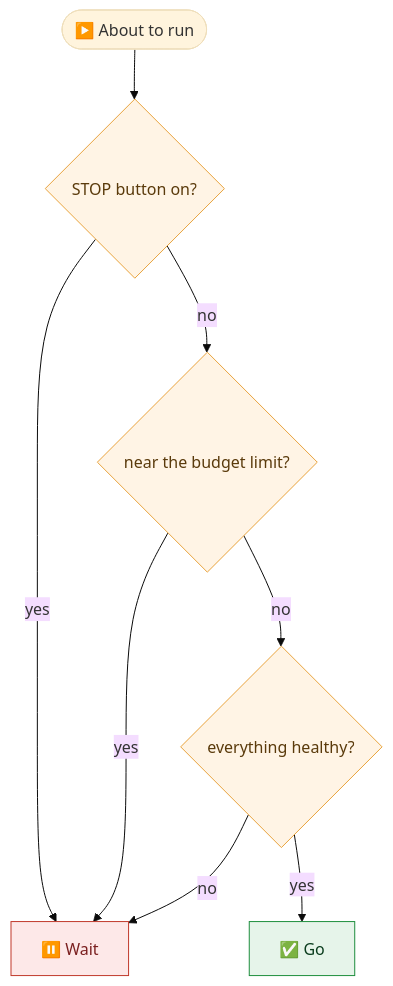
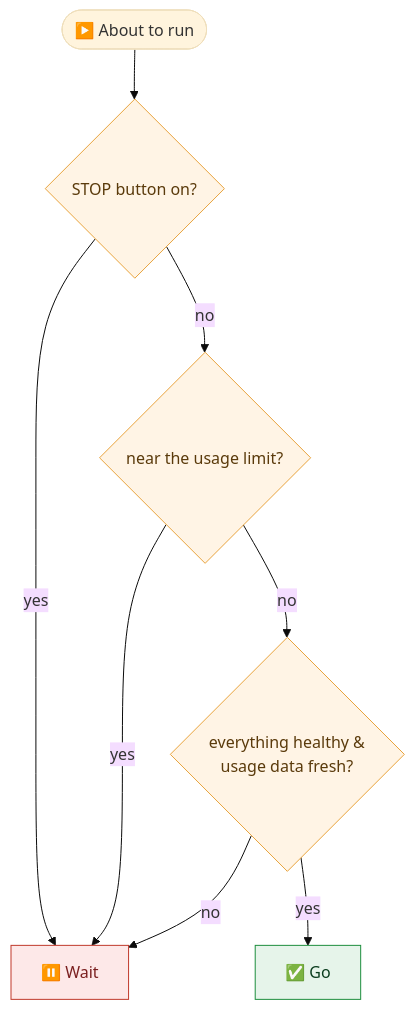
Before and after one commit to hamadsec/paperclip-ai-company: the third of 4 diagrams in README.md, drawn with Mermaid (base theme). The commit also changed other lines of this file and 6 other files, not shown here.

First line of the commit message:
Refresh for the finished, proven company; executable build-your-own guide; cleaner Mermaid diagrams

````diff
--- a/README.md
+++ b/README.md
@@ -117,17 +143,17 @@
 ```mermaid
 flowchart TD
     START([▶️ About to run]) --> HALT{STOP button on?}
     HALT -- yes --> DENY[⏸️ Wait]
-    HALT -- no --> BUDGET{near the budget limit?}
+    HALT -- no --> BUDGET{near the usage limit?}
     BUDGET -- yes --> DENY
-    BUDGET -- no --> SAFE{everything healthy?}
+    BUDGET -- no --> SAFE{everything healthy &<br/>usage data fresh?}
     SAFE -- no --> DENY
     SAFE -- yes --> GO[✅ Go]
 
     classDef deny fill:#fde8e8,stroke:#c0392b,color:#7a1f1f;
     classDef ok fill:#e6f4ea,stroke:#1e8e3e,color:#0b3d1e;
     classDef chk fill:#fff4e5,stroke:#e8a33d,color:#5a3a0b;
     class DENY deny;
     class GO ok;
     class HALT,BUDGET,SAFE chk;
 ```
````
